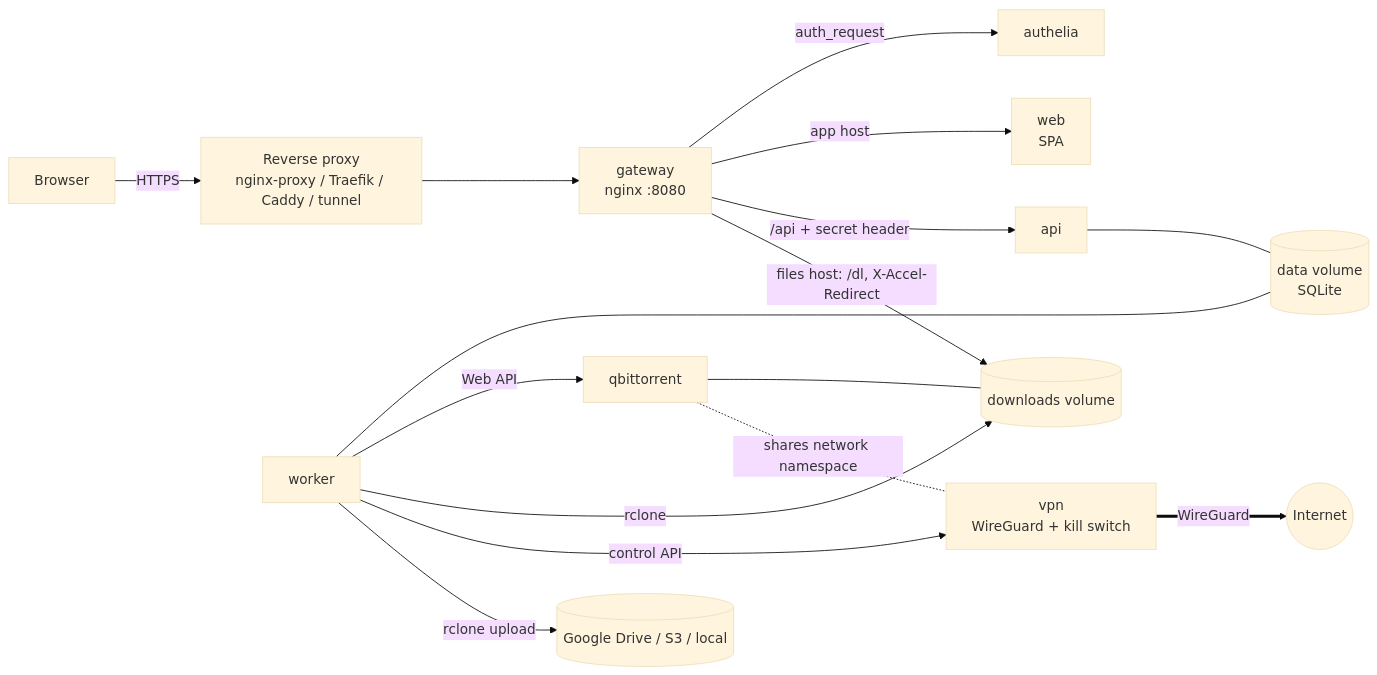
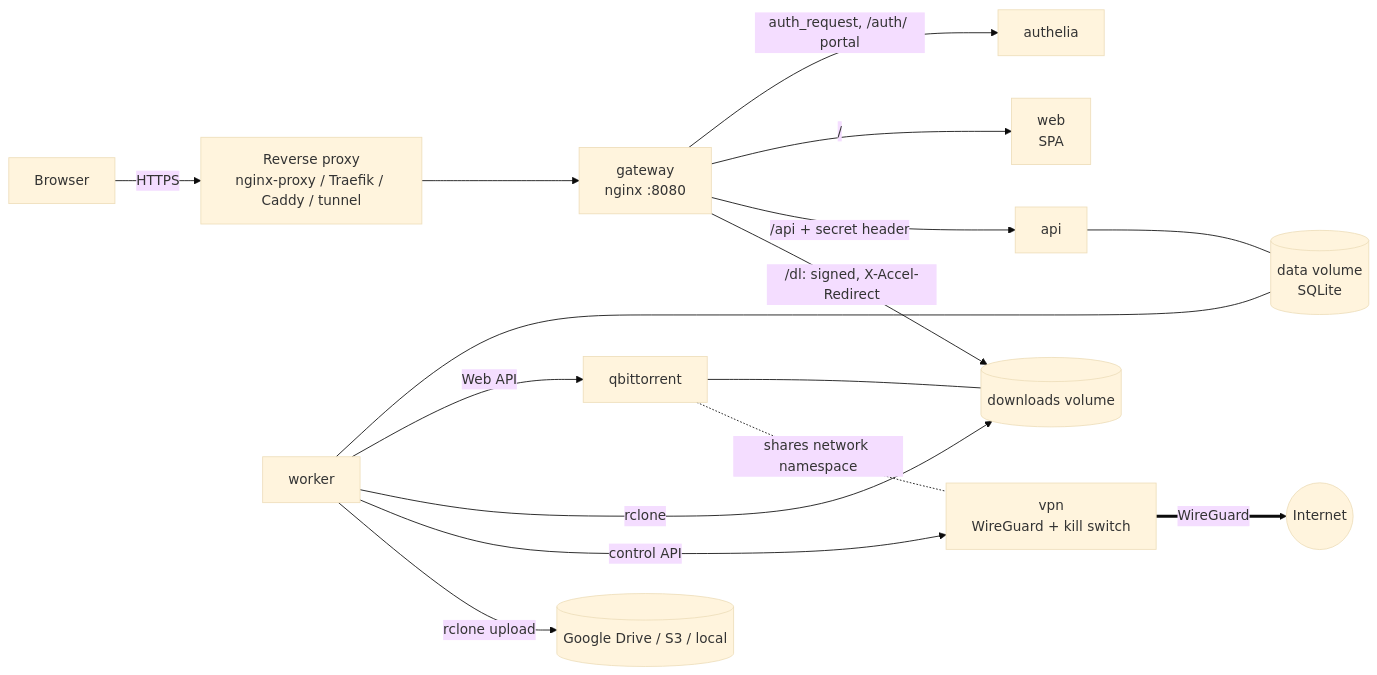
Before and after one commit to ma-04/docker-seedbox: the diagram in README.md, drawn with Mermaid (base theme). The commit also changed other lines of this file and 3 other files, not shown here.

Commit message:
docs: one domain by default (README, configuration, architecture, e2e)

````diff
--- a/README.md
+++ b/README.md
@@ -40,18 +40,18 @@
 ```mermaid
 flowchart LR
   U[Browser] -->|HTTPS| P[Reverse proxy<br/>nginx-proxy / Traefik / Caddy / tunnel]
   P --> G[gateway<br/>nginx :8080]
-  G -->|auth_request| A[authelia]
-  G -->|app host| W[web<br/>SPA]
+  G -->|auth_request, /auth/ portal| A[authelia]
+  G -->|/| W[web<br/>SPA]
   G -->|/api + secret header| API[api]
-  G -->|files host: /dl, X-Accel-Redirect| D[(downloads volume)]
+  G -->|/dl: signed, X-Accel-Redirect| D[(downloads volume)]
   API --- DB[(data volume<br/>SQLite)]
   WK[worker] --- DB
   WK -->|Web API| Q[qbittorrent]
   Q --- D
   WK -->|rclone| D
   WK -->|control API| V[vpn<br/>WireGuard + kill switch]
   Q -. shares network namespace .- V
   V ==>|WireGuard| NET((Internet))
   WK -->|rclone upload| DEST[(Google Drive / S3 / local)]
 ```
````
